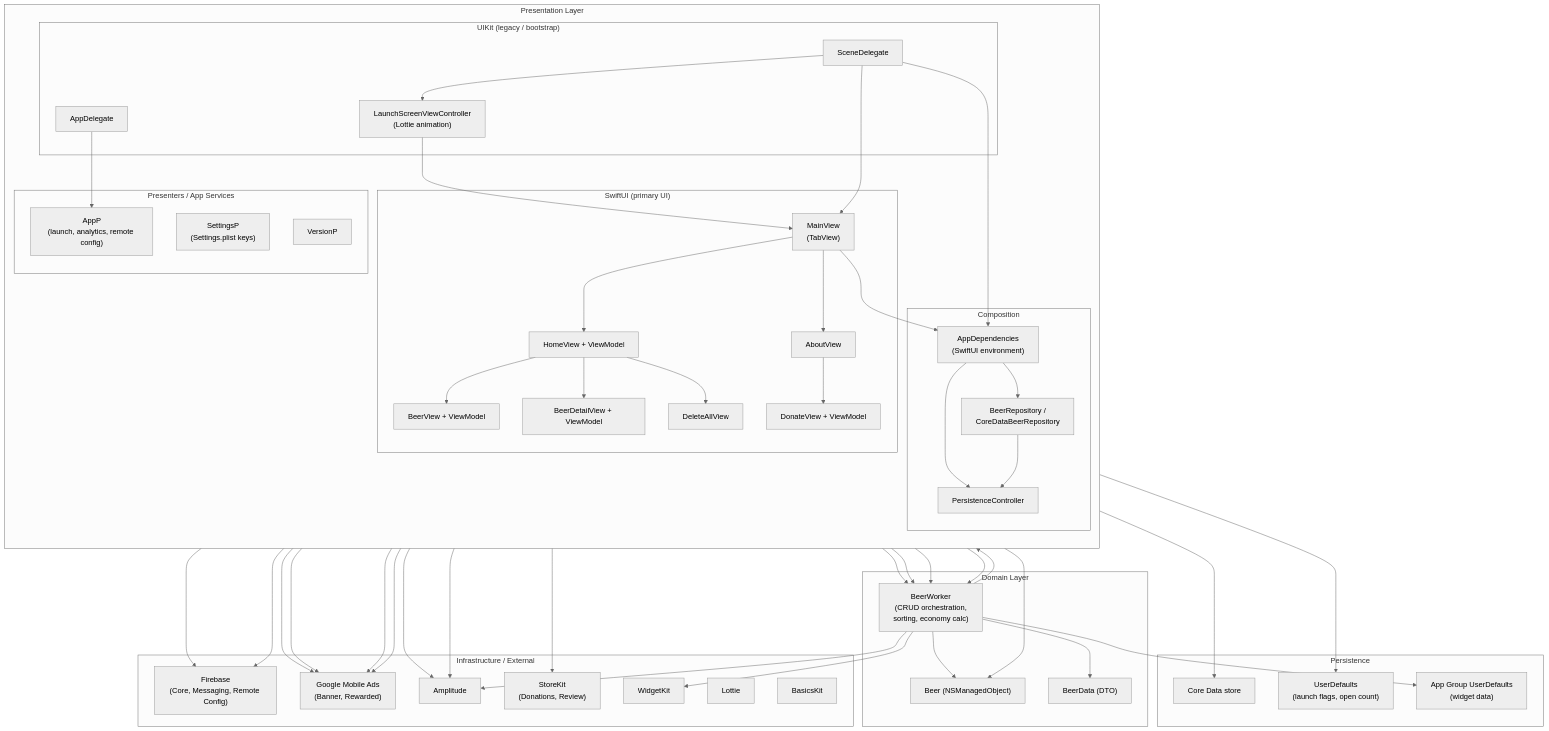
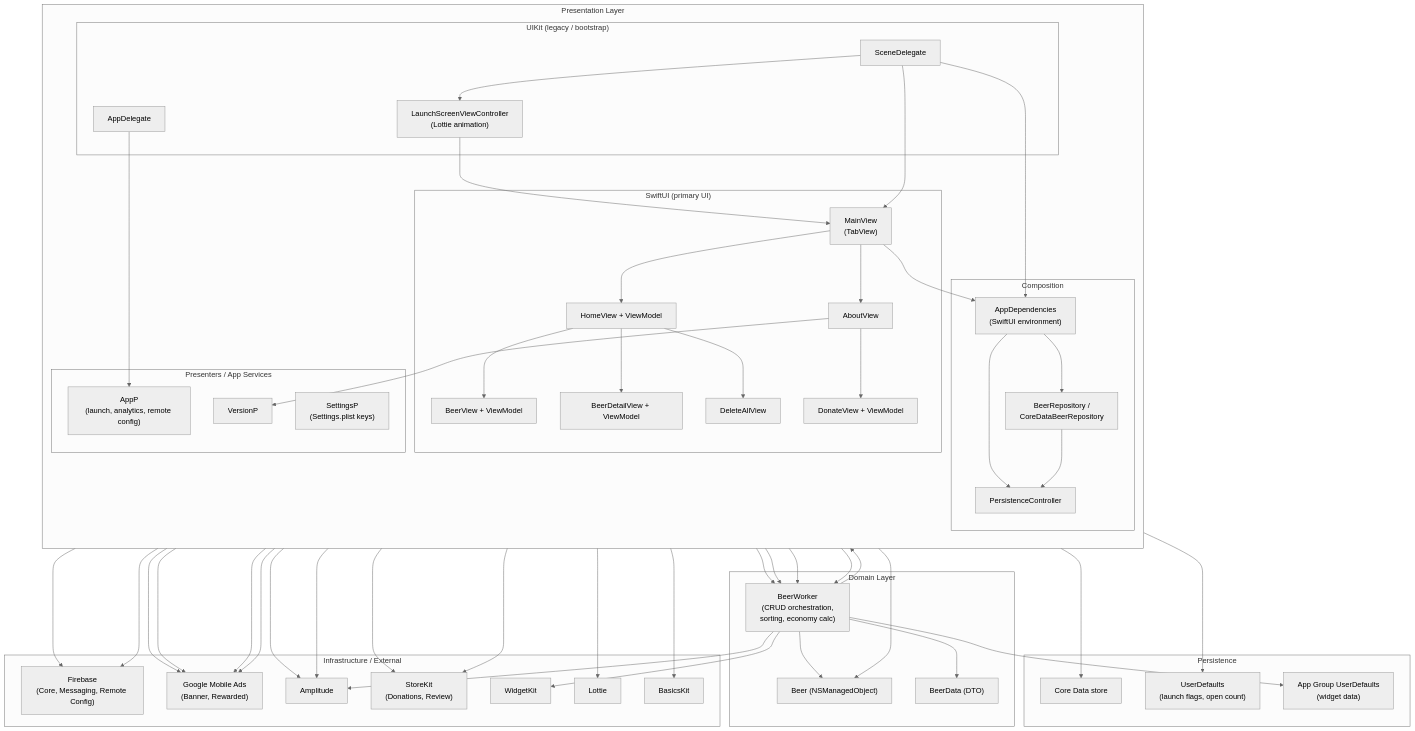
The second of 4 diagrams in README.md (beerMais/beerMais-ios), drawn with Mermaid (neutral theme) before and after one commit. The commit also changed other lines of this file, not shown here.

Commit message:
docs: fix Mermaid diagrams and update architecture flow

```diff
--- a/README.md
+++ b/README.md
@@ -110,6 +110,10 @@
     Home --> BeerDetail
     Home --> DeleteAll
     About --> Donate
+    About --> VersionP
+    Donate --> StoreKit
+    Launch --> Lottie
+    BeerCard --> BasicsKit
 
     MainView --> Dependencies
     Home --> BeerWorker
```
